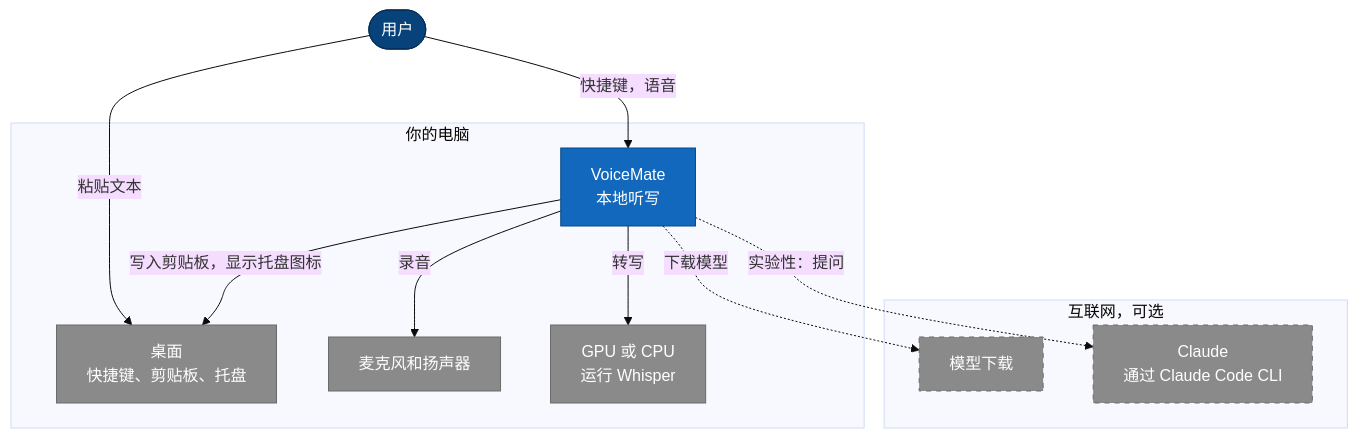
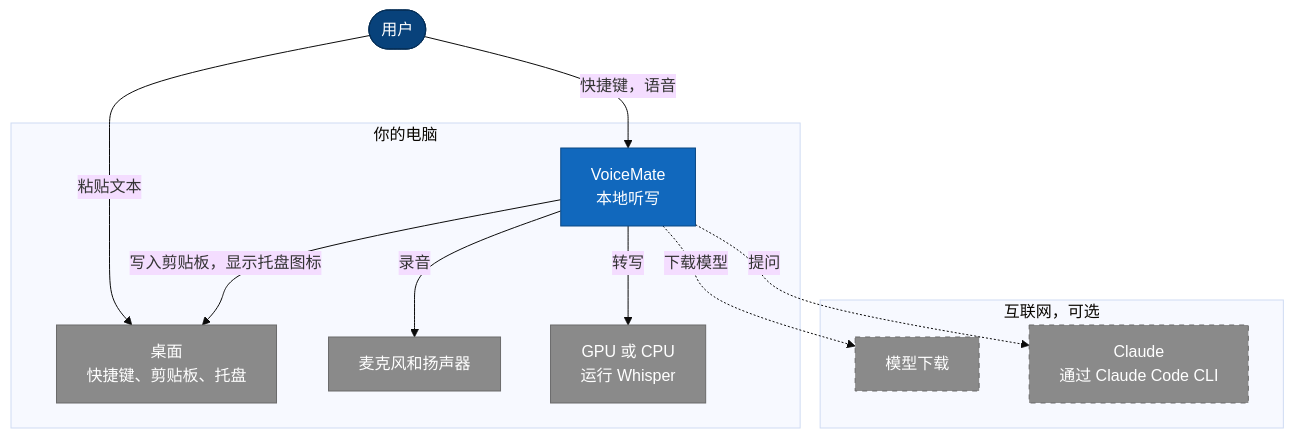
One commit to nano-br/voice-mate changed the first of 6 diagrams in README.zh-CN.md. Above: the diagram before and after it, drawn with Mermaid (base theme). The commit also changed other lines of this file and 12 other files, not shown here.

````diff
--- a/README.zh-CN.md
+++ b/README.zh-CN.md
@@ -190,36 +200,36 @@
 ```mermaid
 flowchart TB
     user(["用户"])
     subgraph pc["你的电脑"]
         vm["VoiceMate<br/>本地听写"]
         desk["桌面<br/>快捷键、剪贴板、托盘"]
         audio["麦克风和扬声器"]
         gpu["GPU 或 CPU<br/>运行 Whisper"]
     end
     subgraph net["互联网，可选"]
         hub["模型下载"]
         claude["Claude<br/>通过 Claude Code CLI"]
     end
     user -->|"快捷键，语音"| vm
     user -->|"粘贴文本"| desk
     vm -->|"写入剪贴板，显示托盘图标"| desk
     vm -->|"录音"| audio
     vm -->|"转写"| gpu
     vm -.->|"下载模型"| hub
-    vm -.->|"实验性：提问"| claude
+    vm -.->|"提问"| claude
 
     classDef person fill:#08427b,stroke:#052e56,color:#ffffff
     classDef system fill:#1168bd,stroke:#0b4884,color:#ffffff
     classDef container fill:#438dd5,stroke:#2e6295,color:#ffffff
     classDef component fill:#85bbf0,stroke:#5d82a8,color:#000000
     classDef store fill:#00838f,stroke:#005f66,color:#ffffff
     classDef external fill:#8a8a8a,stroke:#6b6b6b,color:#ffffff
     classDef optional fill:#8a8a8a,stroke:#6b6b6b,color:#ffffff,stroke-dasharray:5 5
     classDef ok fill:#2e7d32,stroke:#1b5e20,color:#ffffff
     classDef warn fill:#f9a825,stroke:#c17900,color:#000000
     classDef bad fill:#c0392b,stroke:#922b21,color:#ffffff
     class user person
     class vm system
     class desk,audio,gpu external
     class hub,claude optional
 ```
````
